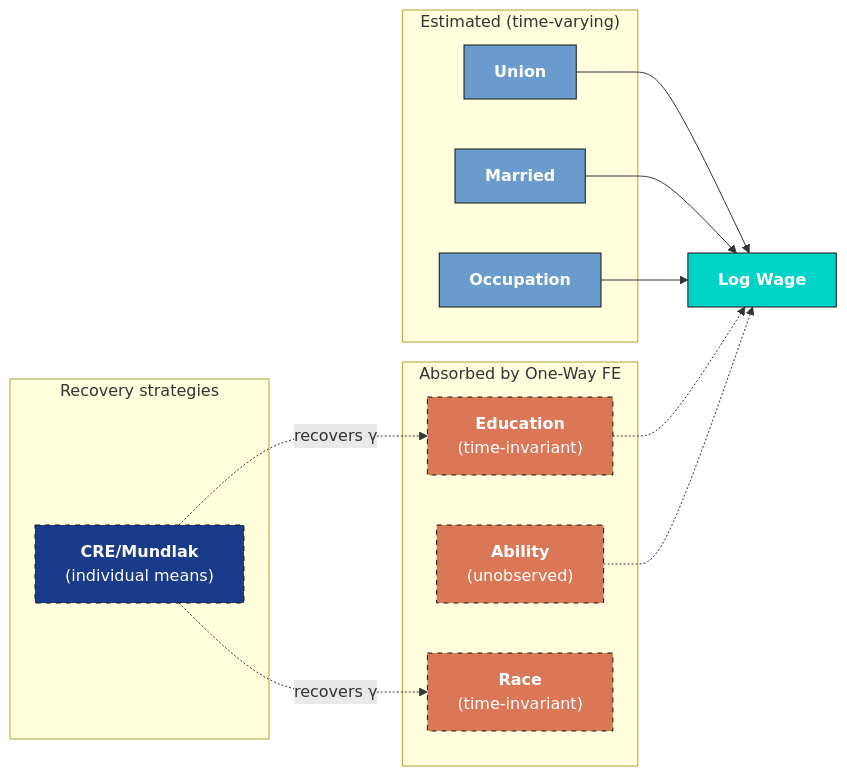
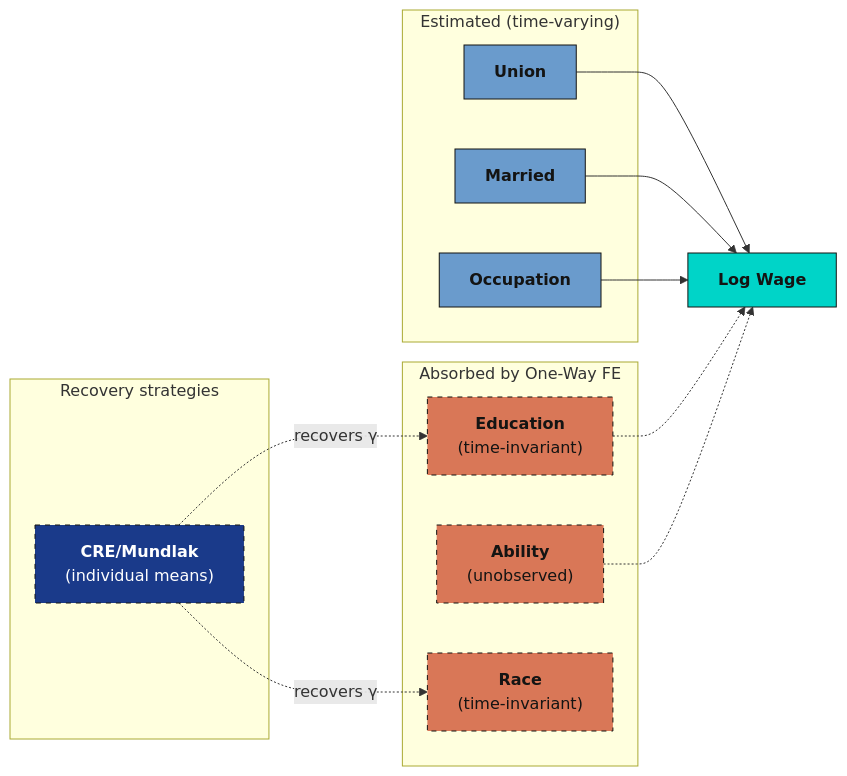
Before and after one commit to cmg777/starter-academic-v501: the second of 2 diagrams in content/post/python_pyfixest/index.md, drawn with Mermaid. The commit also changed other lines of this file and 67 other files, not shown here.

First line of the commit message:
fix(mermaid): readable diagram text in both themes across the site

````diff
--- a/content/post/python_pyfixest/index.md
+++ b/content/post/python_pyfixest/index.md
@@ -1199,31 +1199,31 @@
 ```mermaid
 graph LR
     subgraph "Absorbed by One-Way FE"
         ED["<b>Education</b><br/>(time-invariant)"]
         AB["<b>Ability</b><br/>(unobserved)"]
         RC["<b>Race</b><br/>(time-invariant)"]
     end
     subgraph "Estimated (time-varying)"
         UN["<b>Union</b>"]
         MA["<b>Married</b>"]
         OC["<b>Occupation</b>"]
     end
     subgraph "Recovery strategies"
         MK["<b>CRE/Mundlak</b><br/>(individual means)"]
     end
     UN --> W["<b>Log Wage</b>"]
     MA --> W
     OC --> W
     ED -.-> W
     AB -.-> W
     MK -.->|"recovers γ"| ED
     MK -.->|"recovers γ"| RC
-    style ED fill:#d97757,stroke:#141413,color:#fff,stroke-dasharray: 5 5
-    style AB fill:#d97757,stroke:#141413,color:#fff,stroke-dasharray: 5 5
-    style RC fill:#d97757,stroke:#141413,color:#fff,stroke-dasharray: 5 5
-    style UN fill:#6a9bcc,stroke:#141413,color:#fff
-    style MA fill:#6a9bcc,stroke:#141413,color:#fff
-    style OC fill:#6a9bcc,stroke:#141413,color:#fff
-    style W fill:#00d4c8,stroke:#141413,color:#fff
+    style ED fill:#d97757,stroke:#141413,color:#141413,stroke-dasharray: 5 5
+    style AB fill:#d97757,stroke:#141413,color:#141413,stroke-dasharray: 5 5
+    style RC fill:#d97757,stroke:#141413,color:#141413,stroke-dasharray: 5 5
+    style UN fill:#6a9bcc,stroke:#141413,color:#141413
+    style MA fill:#6a9bcc,stroke:#141413,color:#141413
+    style OC fill:#6a9bcc,stroke:#141413,color:#141413
+    style W fill:#00d4c8,stroke:#141413,color:#141413
     style MK fill:#1a3a8a,stroke:#141413,color:#fff,stroke-dasharray: 5 5
 ```
````
